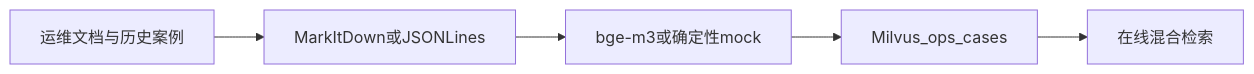
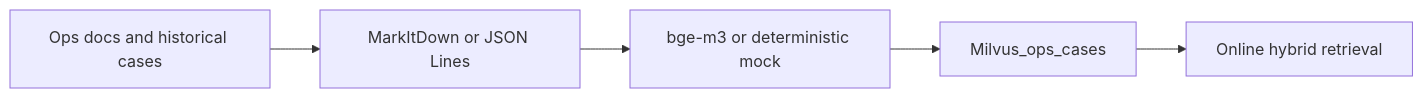
One commit to fanqingsong/edge-semantic-compress-intelligence changed the third of 4 diagrams in README.md. Above: the diagram before and after it, drawn with Mermaid. The commit also changed other lines of this file and 33 other files, not shown here.

````diff
--- a/README.md
+++ b/README.md
@@ -87,7 +87,7 @@
 ```mermaid
 flowchart LR
-	Sources[运维文档与历史案例] --> Parse[MarkItDown或JSONLines]
-	Parse --> Embed[bge-m3或确定性mock]
+	Sources[Ops docs and historical cases] --> Parse[MarkItDown or JSON Lines]
+	Parse --> Embed[bge-m3 or deterministic mock]
 	Embed --> Collection[Milvus_ops_cases]
-	Collection --> OnlineRetrieve[在线混合检索]
+	Collection --> OnlineRetrieve[Online hybrid retrieval]
 ```
````
